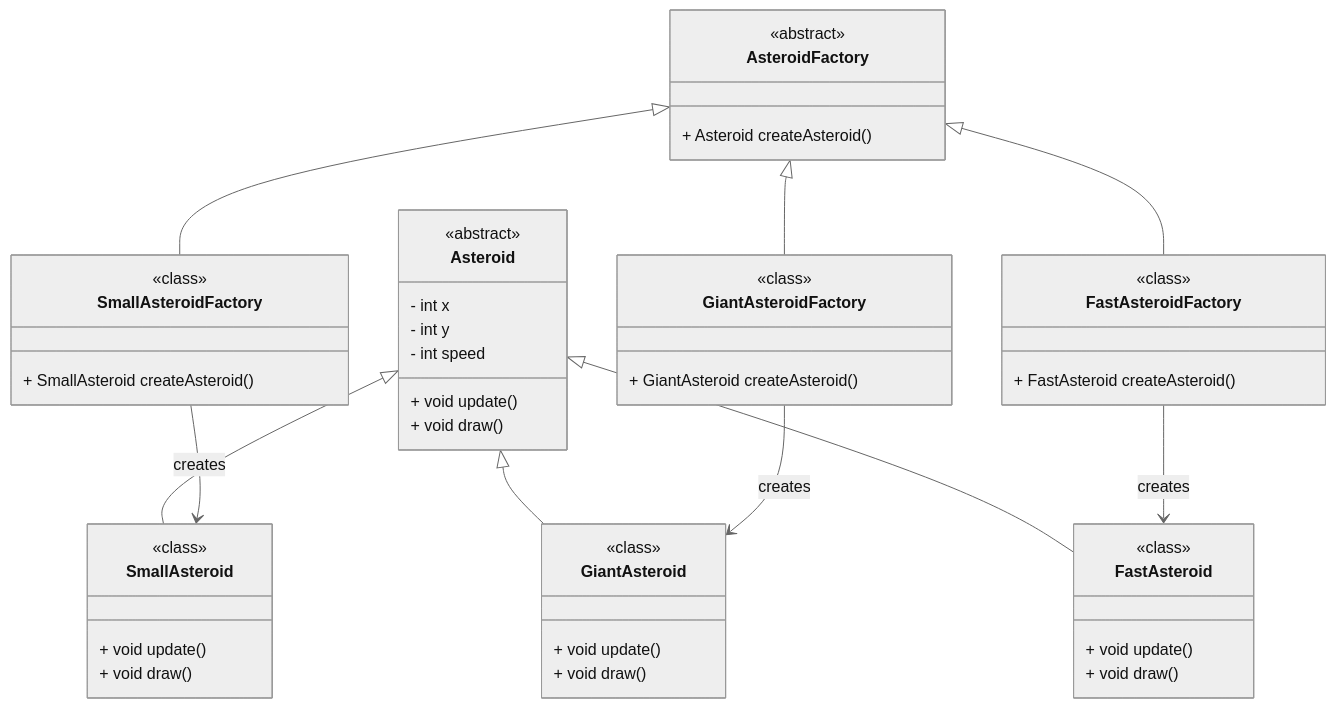
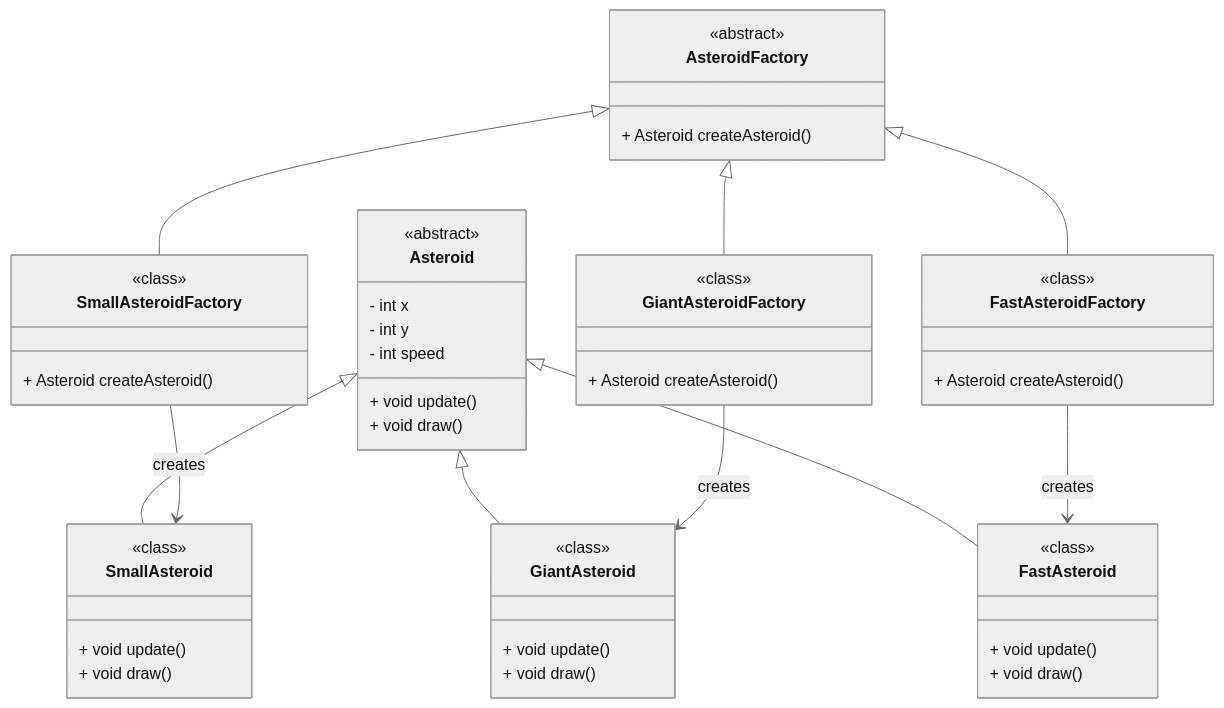
The second of 2 diagrams in Design_Pattern/Creationnal/Factory_Method.md (Hyorick/Learning), drawn with Mermaid (neutral theme) before and after one commit. The commit also changed other lines of this file and 9 other files, not shown here.

````diff
--- a/Design_Pattern/Creationnal/Factory_Method.md
+++ b/Design_Pattern/Creationnal/Factory_Method.md
@@ -62,71 +108,71 @@
 ```Mermaid
 classDiagram
     %% ============================
     %%        ASTEROIDS
     %% ============================
 
     class Asteroid {
         <<abstract>>
         - int x
         - int y
         - int speed
         + void update()
         + void draw()
     }
 
     class SmallAsteroid {
         <<class>>
         + void update()
         + void draw()
     }
 
     class GiantAsteroid {
         <<class>>
         + void update()
         + void draw()
     }
 
     class FastAsteroid {
         <<class>>
         + void update()
         + void draw()
     }
 
     Asteroid <|-- SmallAsteroid
     Asteroid <|-- GiantAsteroid
     Asteroid <|-- FastAsteroid
 
 
     %% ============================
     %%        FACTORIES
     %% ============================
 
     class AsteroidFactory {
         <<abstract>>
         + Asteroid createAsteroid()
     }
 
     class SmallAsteroidFactory {
         <<class>>
-        + SmallAsteroid createAsteroid()
+        + Asteroid createAsteroid()
     }
 
     class GiantAsteroidFactory {
         <<class>>
-        + GiantAsteroid createAsteroid()
+        + Asteroid createAsteroid()
     }
 
     class FastAsteroidFactory {
         <<class>>
-        + FastAsteroid createAsteroid()
+        + Asteroid createAsteroid()
     }
 
     AsteroidFactory <|-- SmallAsteroidFactory
     AsteroidFactory <|-- GiantAsteroidFactory
     AsteroidFactory <|-- FastAsteroidFactory
 
     SmallAsteroidFactory --> SmallAsteroid : creates
     GiantAsteroidFactory --> GiantAsteroid : creates
     FastAsteroidFactory --> FastAsteroid : creates
 
 ```
````
